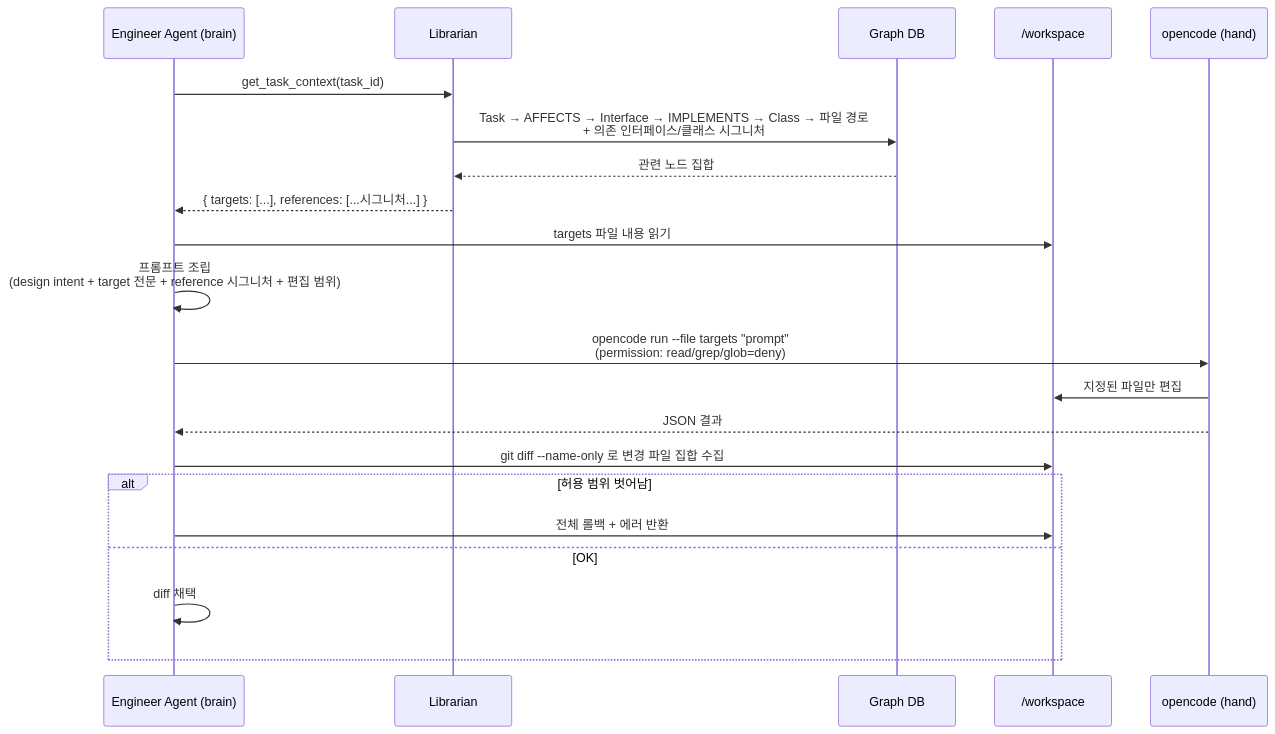
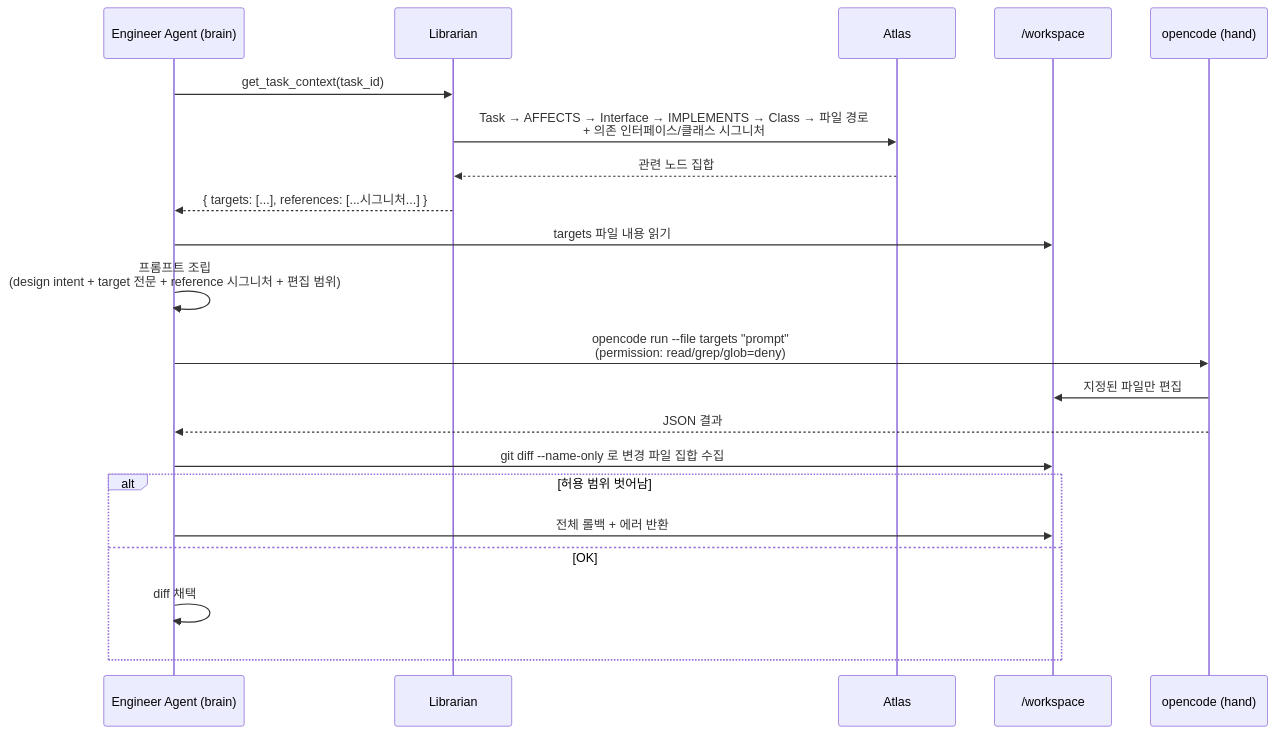
The tenth of 13 diagrams in docs/proposal.md (vonkernel/dev-team), drawn with Mermaid before and after one commit. The commit also changed other lines of this file and 82 other files, not shown here.

````diff
--- a/docs/proposal.md
+++ b/docs/proposal.md
@@ -966,27 +966,27 @@
 ```mermaid
 sequenceDiagram
     participant Agent as Engineer Agent (brain)
     participant L as Librarian
-    participant GraphDB as Graph DB
+    participant GraphDB as Atlas
     participant FS as /workspace
     participant OC as opencode (hand)
 
     Agent->>L: get_task_context(task_id)
     L->>GraphDB: Task → AFFECTS → Interface → IMPLEMENTS → Class → 파일 경로<br/>+ 의존 인터페이스/클래스 시그니처
     GraphDB-->>L: 관련 노드 집합
     L-->>Agent: { targets: [...], references: [...시그니처...] }
 
     Agent->>FS: targets 파일 내용 읽기
     Agent->>Agent: 프롬프트 조립<br/>(design intent + target 전문 + reference 시그니처 + 편집 범위)
 
     Agent->>OC: opencode run --file targets "prompt"<br/>(permission: read/grep/glob=deny)
     OC->>FS: 지정된 파일만 편집
     OC-->>Agent: JSON 결과
 
     Agent->>FS: git diff --name-only 로 변경 파일 집합 수집
     alt 허용 범위 벗어남
         Agent->>FS: 전체 롤백 + 에러 반환
     else OK
         Agent->>Agent: diff 채택
     end
 ```
````
